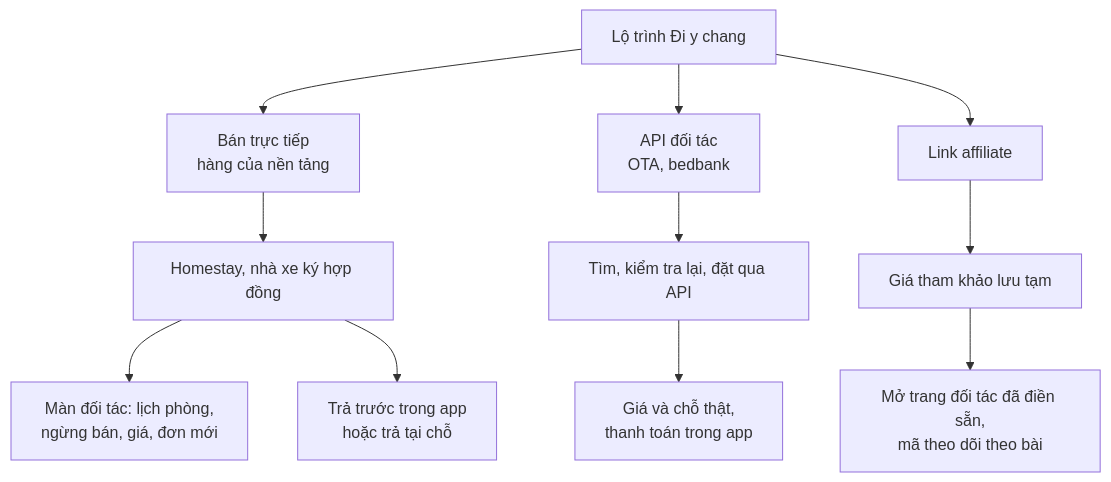
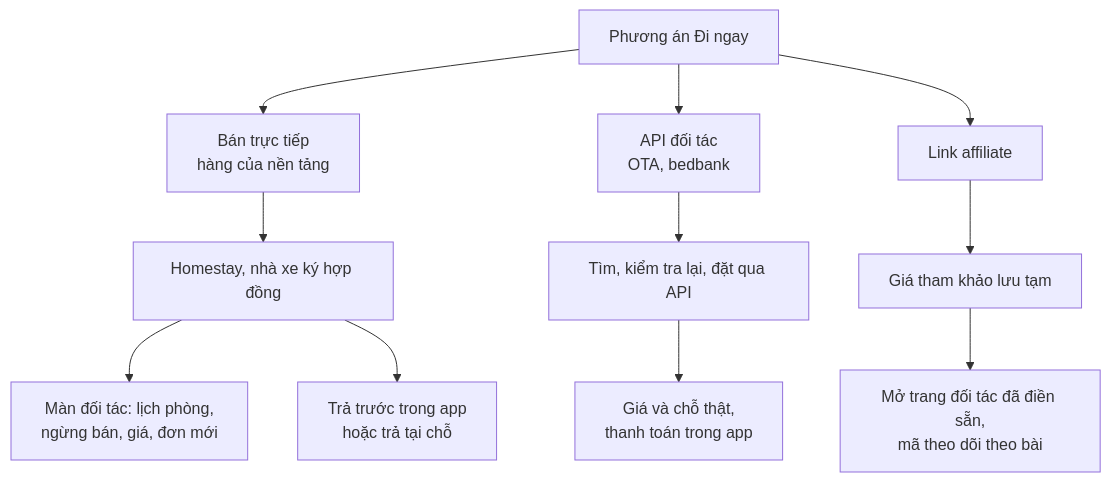
The ninth of 10 diagrams in docs/10-diagram-workflow.md (lengqbaorr/OTA_research), drawn with Mermaid before and after one commit. The commit also changed other lines of this file and 5 other files, not shown here.

First line of the commit message:
Pivot to Đi ngay: drop stay verification, point-based itineraries, hybrid AI plus rule planner in simulation and diagrams

````diff
--- a/docs/10-diagram-workflow.md
+++ b/docs/10-diagram-workflow.md
@@ -213,13 +206,13 @@
 ```mermaid
 flowchart TD
-    FY["Lộ trình Đi y chang"] --> A["Bán trực tiếp<br/>hàng của nền tảng"]
+    FY["Phương án Đi ngay"] --> A["Bán trực tiếp<br/>hàng của nền tảng"]
     FY --> B["API đối tác<br/>OTA, bedbank"]
     FY --> C["Link affiliate"]
     A --> A1["Homestay, nhà xe ký hợp đồng"]
     A1 --> A2["Màn đối tác: lịch phòng,<br/>ngừng bán, giá, đơn mới"]
     A1 --> A3["Trả trước trong app<br/>hoặc trả tại chỗ"]
     B --> B1["Tìm, kiểm tra lại, đặt qua API"]
     B1 --> B2["Giá và chỗ thật,<br/>thanh toán trong app"]
     C --> C1["Giá tham khảo lưu tạm"]
     C1 --> C2["Mở trang đối tác đã điền sẵn,<br/>mã theo dõi theo bài"]
 ```
````
